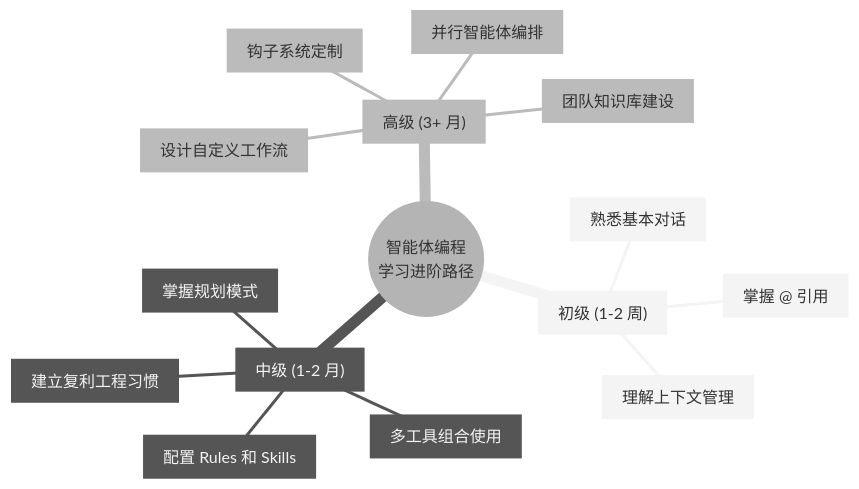
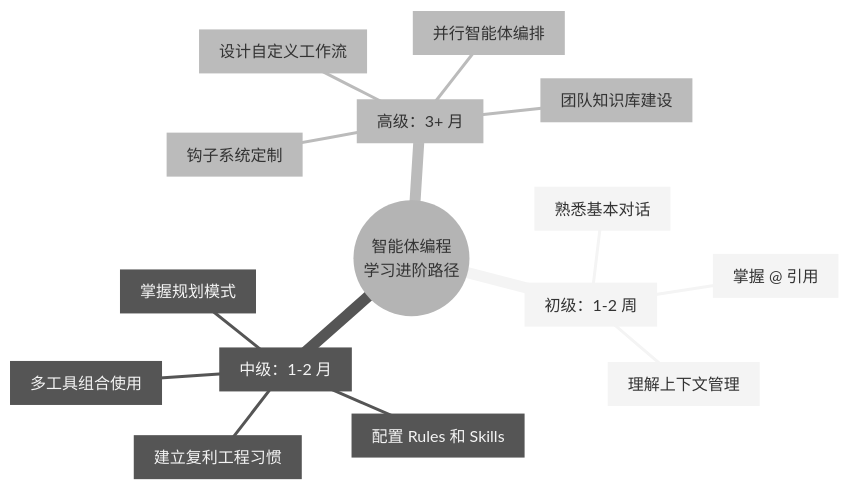
One commit to yeasy/agentic_ai_guide changed the sixth of 6 diagrams in 10_agentic_coding/10.5_best_practices.md. Above: the diagram before and after it, drawn with Mermaid (neutral theme). The commit also changed other lines of this file and 88 other files, not shown here.

````diff
--- a/10_agentic_coding/10.5_best_practices.md
+++ b/10_agentic_coding/10.5_best_practices.md
@@ -491,18 +466,18 @@
 ```mermaid
 mindmap
     root(("智能体编程<br>学习进阶路径"))
-        Junior["初级 (1-2 周)"]
+        Junior["初级：1-2 周"]
             Basic[熟悉基本对话]
             Ref[掌握 @ 引用]
             Context[理解上下文管理]
-        Intermediate["中级 (1-2 月)"]
+        Intermediate["中级：1-2 月"]
             Plan[掌握规划模式]
             Config[配置 Rules 和 Skills]
             Compound[建立复利工程习惯]
             Tools[多工具组合使用]
-        Senior["高级 (3+ 月)"]
+        Senior["高级：3+ 月"]
             Workflow[设计自定义工作流]
             Hooks[钩子系统定制]
             Parallel[并行智能体编排]
             KB[团队知识库建设]
 ```
````
